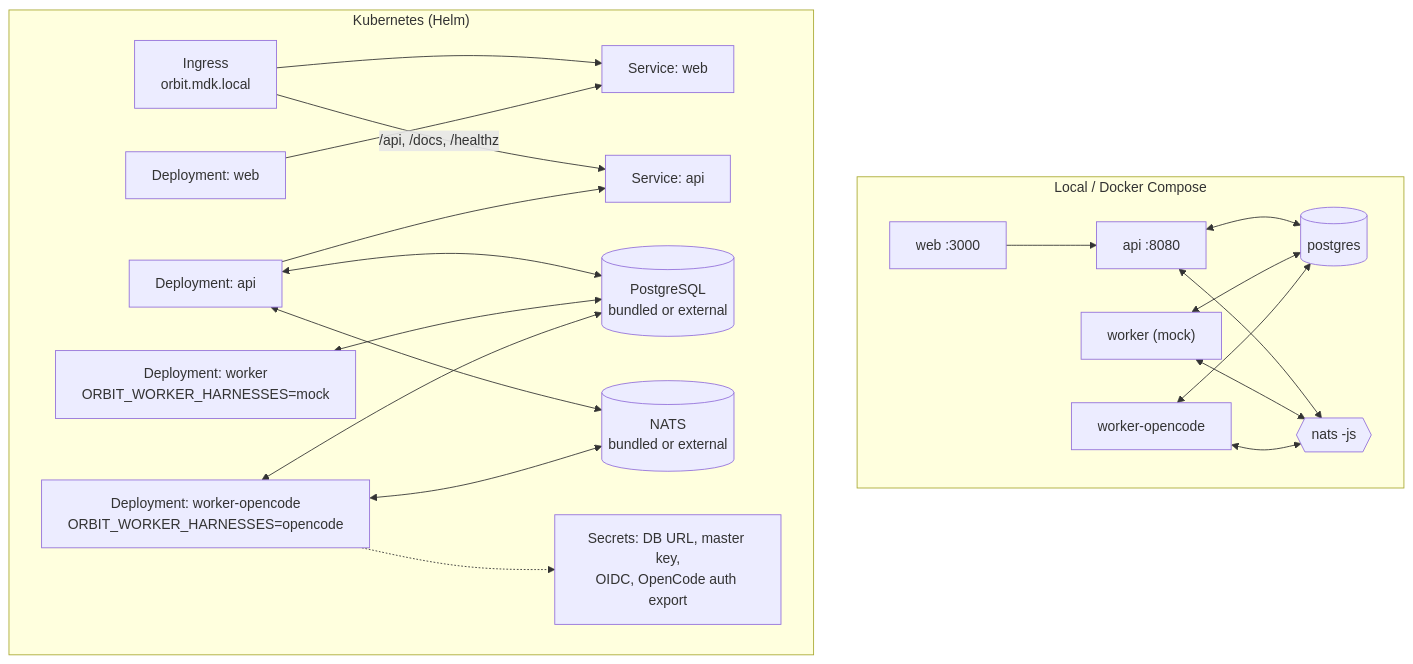
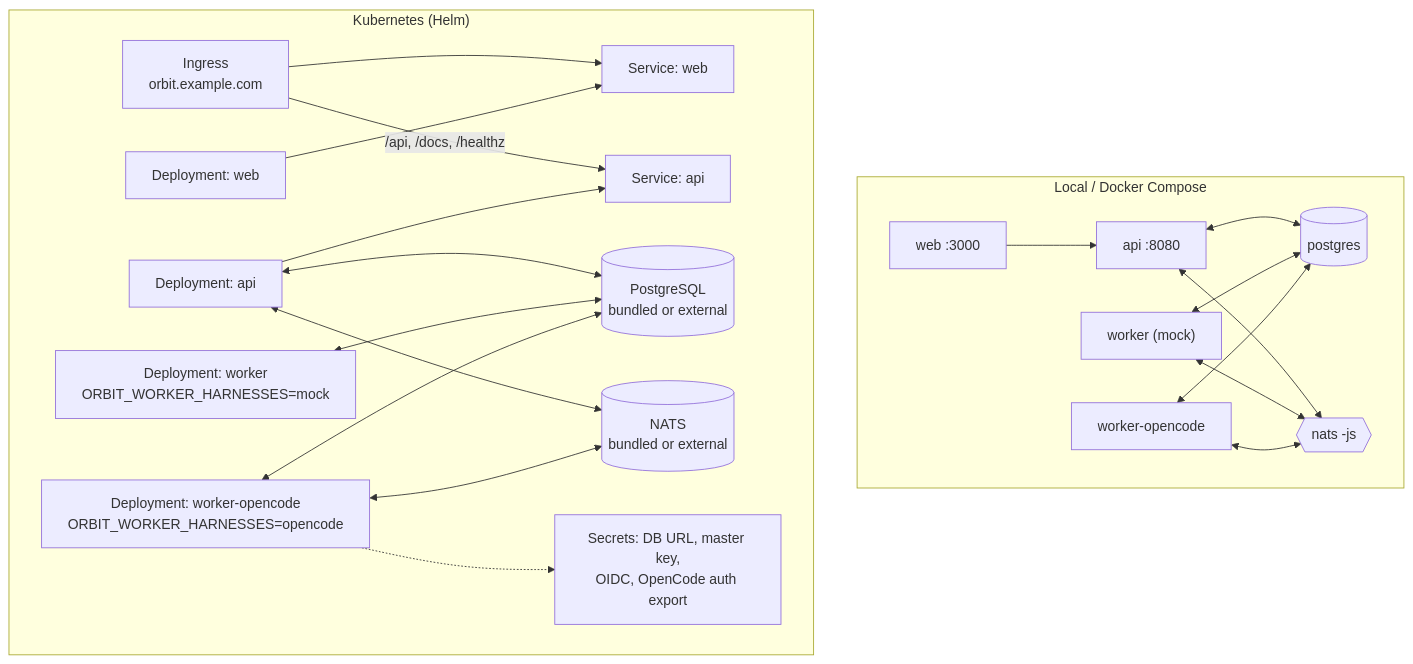
Before and after one commit to mikemikimike/orbit: the fifth of 5 diagrams in docs/architecture/diagram.md, drawn with Mermaid. The commit also changed other lines of this file and 109 other files, not shown here.

````diff
--- a/docs/architecture/diagram.md
+++ b/docs/architecture/diagram.md
@@ -196,34 +196,34 @@
 ```mermaid
 flowchart TB
   subgraph Local["Local / Docker Compose"]
     LWeb["web :3000"] --> LApi["api :8080"]
     LWorker["worker (mock)"]
     LOpencode["worker-opencode"]
     LDb[("postgres")]
     LNats{{"nats -js"}}
     LApi <--> LDb
     LApi <--> LNats
     LWorker <--> LDb
     LWorker <--> LNats
     LOpencode <--> LDb
     LOpencode <--> LNats
   end
 
   subgraph K8s["Kubernetes (Helm)"]
-    Ing["Ingress<br/>orbit.mdk.local"] --> SvcWeb["Service: web"]
+    Ing["Ingress<br/>orbit.example.com"] --> SvcWeb["Service: web"]
     Ing -->|"/api, /docs, /healthz"| SvcApi["Service: api"]
     WebD["Deployment: web"] --> SvcWeb
     ApiD["Deployment: api"] --> SvcApi
     WorkerD["Deployment: worker<br/>ORBIT_WORKER_HARNESSES=mock"]
     OpencodeD["Deployment: worker-opencode<br/>ORBIT_WORKER_HARNESSES=opencode"]
     Pg[("PostgreSQL<br/>bundled or external")]
     Nats[("NATS<br/>bundled or external")]
     Secret["Secrets: DB URL, master key,<br/>OIDC, OpenCode auth export"]
     ApiD <--> Pg
     ApiD <--> Nats
     WorkerD <--> Pg
     OpencodeD <--> Pg
     OpencodeD <--> Nats
     OpencodeD -.-> Secret
   end
 ```
````
